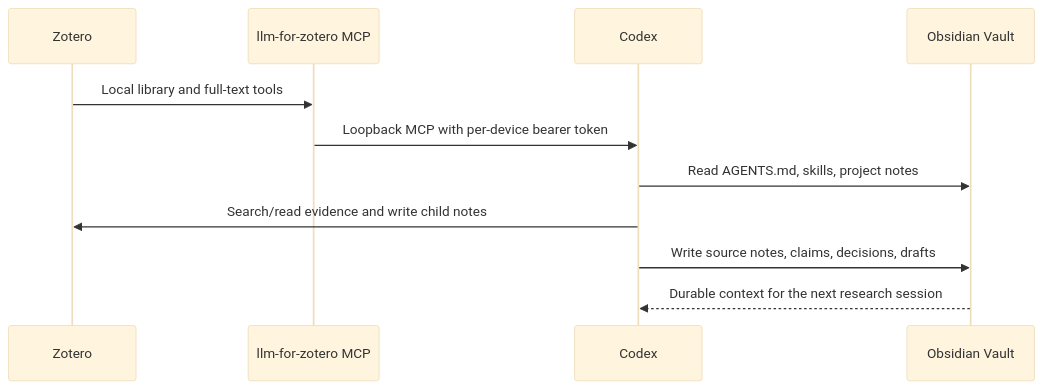
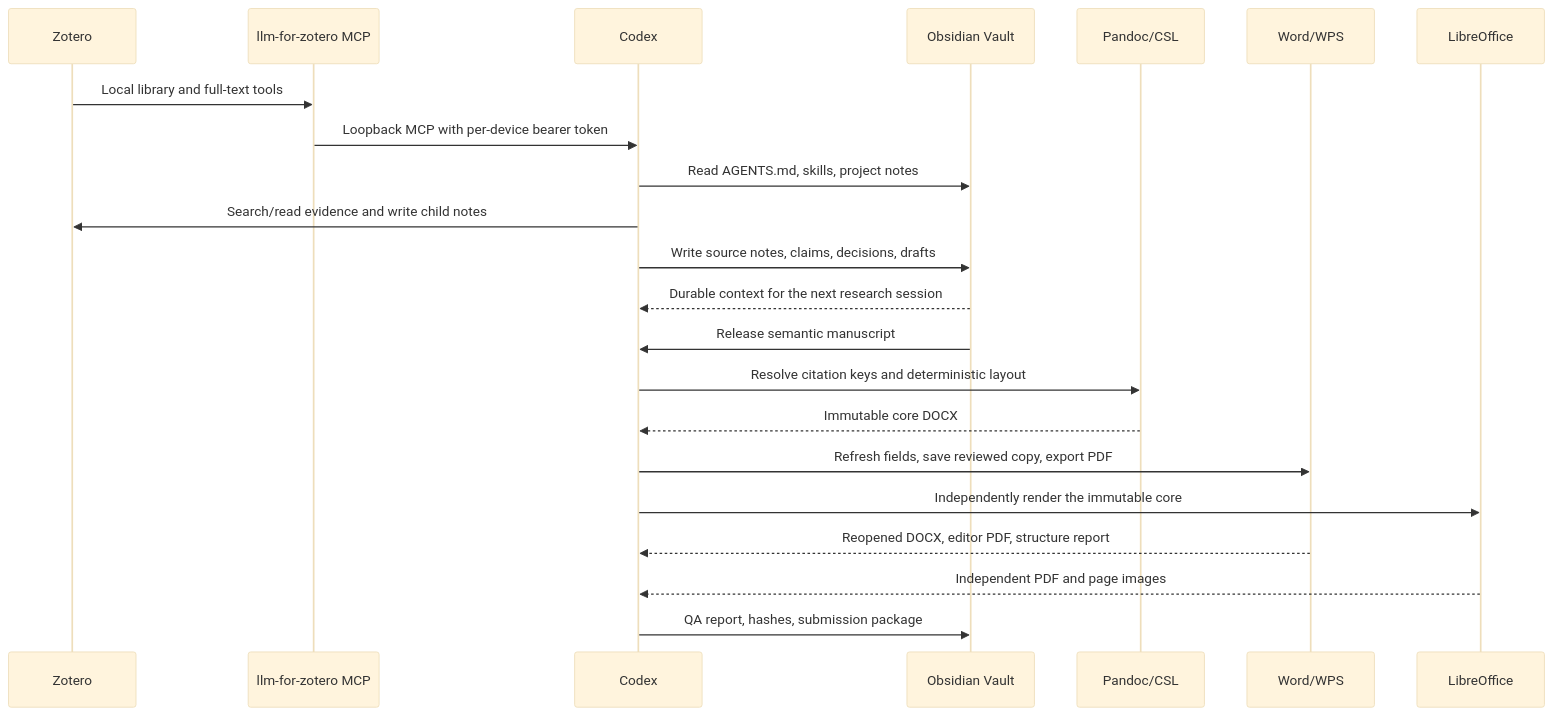
One commit to zdzZDZ123/zotero-obsidian-codex-word-wps-workflow changed the diagram in docs/architecture.md. Above: the diagram before and after it, drawn with Mermaid (base theme). The commit also changed other lines of this file and 18 other files, not shown here.

Commit message:
feat: validate Word and WPS publication workflow

````diff
--- a/docs/architecture.md
+++ b/docs/architecture.md
@@ -15,13 +15,24 @@
 ```mermaid
 sequenceDiagram
   participant Z as Zotero
   participant M as llm-for-zotero MCP
   participant C as Codex
   participant O as Obsidian Vault
+  participant P as Pandoc/CSL
+  participant E as Word/WPS
+  participant L as LibreOffice
   Z->>M: Local library and full-text tools
   M->>C: Loopback MCP with per-device bearer token
   C->>O: Read AGENTS.md, skills, project notes
   C->>Z: Search/read evidence and write child notes
   C->>O: Write source notes, claims, decisions, drafts
   O-->>C: Durable context for the next research session
+  O->>C: Release semantic manuscript
+  C->>P: Resolve citation keys and deterministic layout
+  P-->>C: Immutable core DOCX
+  C->>E: Refresh fields, save reviewed copy, export PDF
+  C->>L: Independently render the immutable core
+  E-->>C: Reopened DOCX, editor PDF, structure report
+  L-->>C: Independent PDF and page images
+  C->>O: QA report, hashes, submission package
 ```
````
